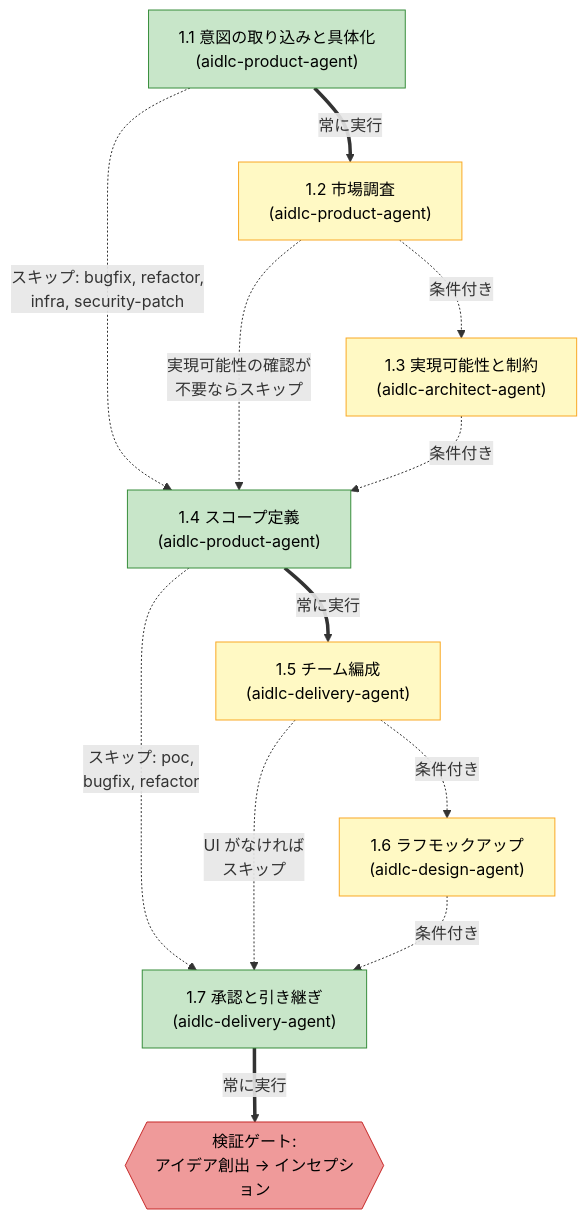
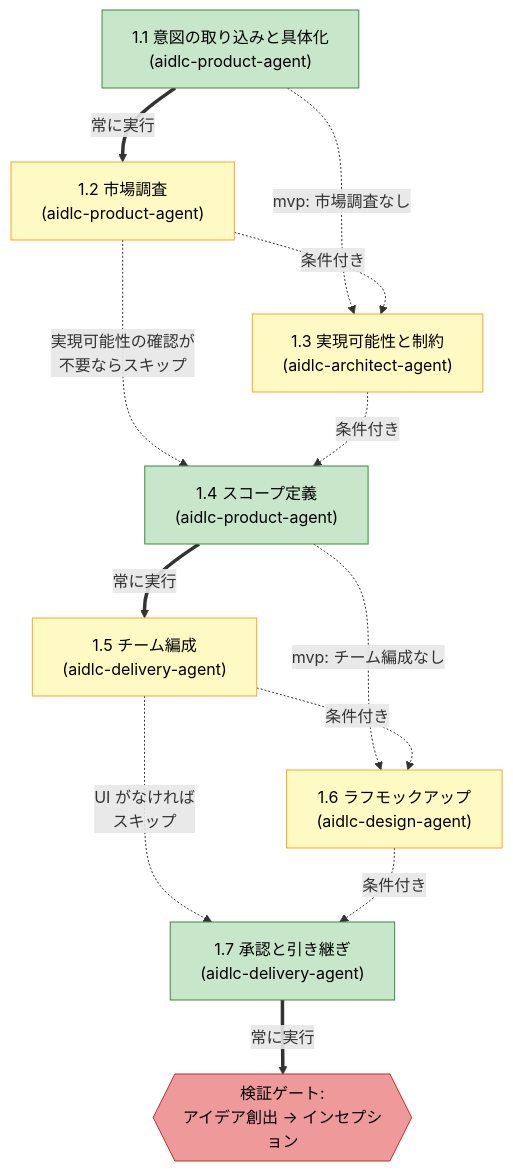
One commit to otomatty/aidlc-guide changed the second of 6 diagrams in docs/guide/ja/04-phases-and-stages.md. Above: the diagram before and after it, drawn with Mermaid. The commit also changed other lines of this file and 740 other files, not shown here.

````diff
--- a/docs/guide/ja/04-phases-and-stages.md
+++ b/docs/guide/ja/04-phases-and-stages.md
@@ -113,32 +113,32 @@
 ```mermaid
 flowchart TD
     S11["1.1 意図の取り込みと具体化\n(aidlc-product-agent)"]
     S12["1.2 市場調査\n(aidlc-product-agent)"]
     S13["1.3 実現可能性と制約\n(aidlc-architect-agent)"]
     S14["1.4 スコープ定義\n(aidlc-product-agent)"]
     S15["1.5 チーム編成\n(aidlc-delivery-agent)"]
     S16["1.6 ラフモックアップ\n(aidlc-design-agent)"]
     S17["1.7 承認と引き継ぎ\n(aidlc-delivery-agent)"]
     VG1{{"検証ゲート:\nアイデア創出 → インセプション"}}
 
     S11 ==>|常に実行| S12
-    S11 -.->|"スキップ: bugfix, refactor,\ninfra, security-patch"| S14
+    S11 -.->|"mvp: 市場調査なし"| S13
     S12 -.->|条件付き| S13
     S12 -.->|"実現可能性の確認が\n不要ならスキップ"| S14
     S13 -.->|条件付き| S14
     S14 ==>|常に実行| S15
-    S14 -.->|"スキップ: poc,\nbugfix, refactor"| S17
+    S14 -.->|"mvp: チーム編成なし"| S16
     S15 -.->|条件付き| S16
     S15 -.->|"UI がなければ\nスキップ"| S17
     S16 -.->|条件付き| S17
     S17 ==>|常に実行| VG1
 
     style S11 fill:#c8e6c9,stroke:#388e3c,color:#000
     style S14 fill:#c8e6c9,stroke:#388e3c,color:#000
     style S17 fill:#c8e6c9,stroke:#388e3c,color:#000
     style S12 fill:#fff9c4,stroke:#f9a825,color:#000
     style S13 fill:#fff9c4,stroke:#f9a825,color:#000
     style S15 fill:#fff9c4,stroke:#f9a825,color:#000
     style S16 fill:#fff9c4,stroke:#f9a825,color:#000
     style VG1 fill:#ef9a9a,stroke:#c62828,color:#000
 ```
````
